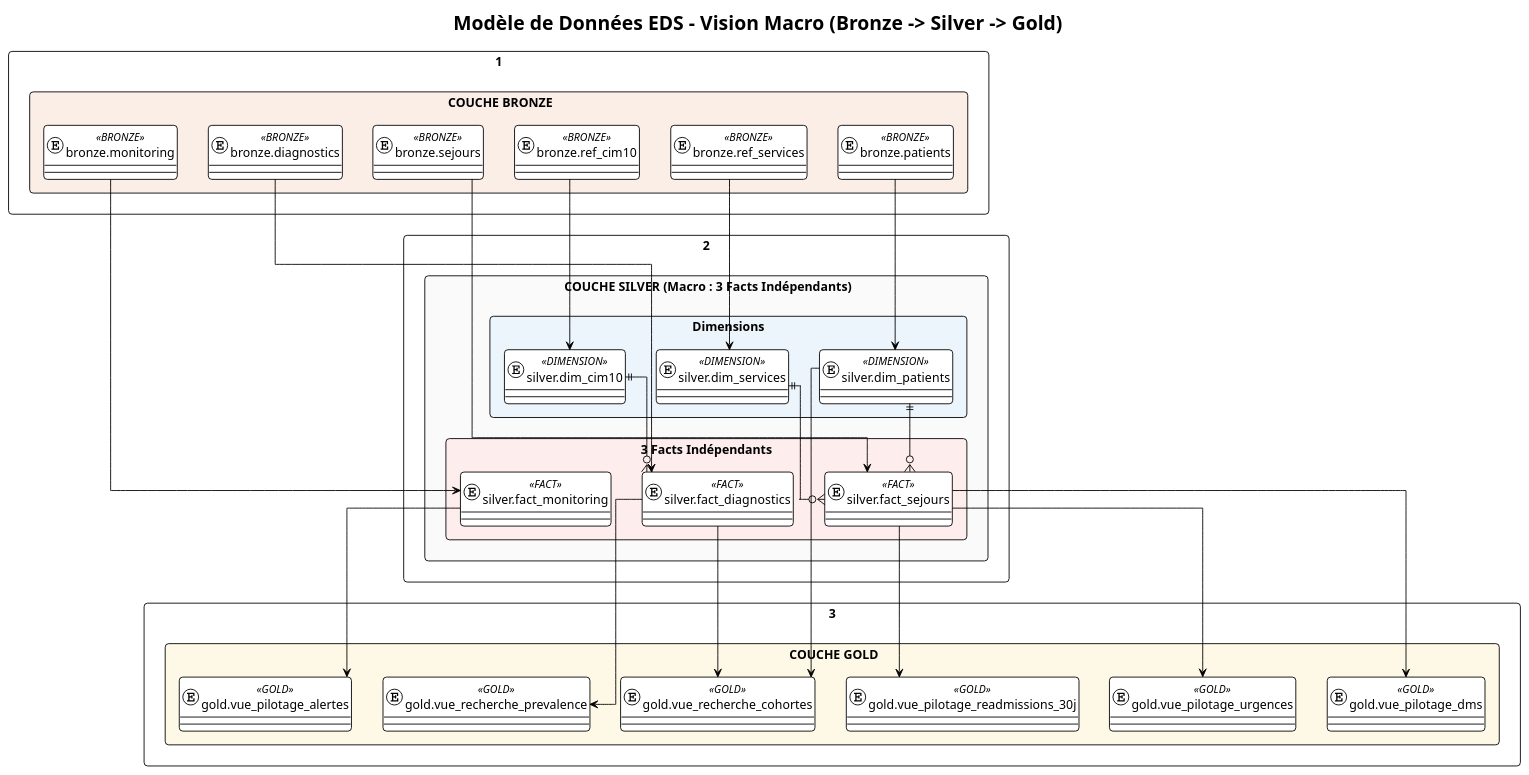
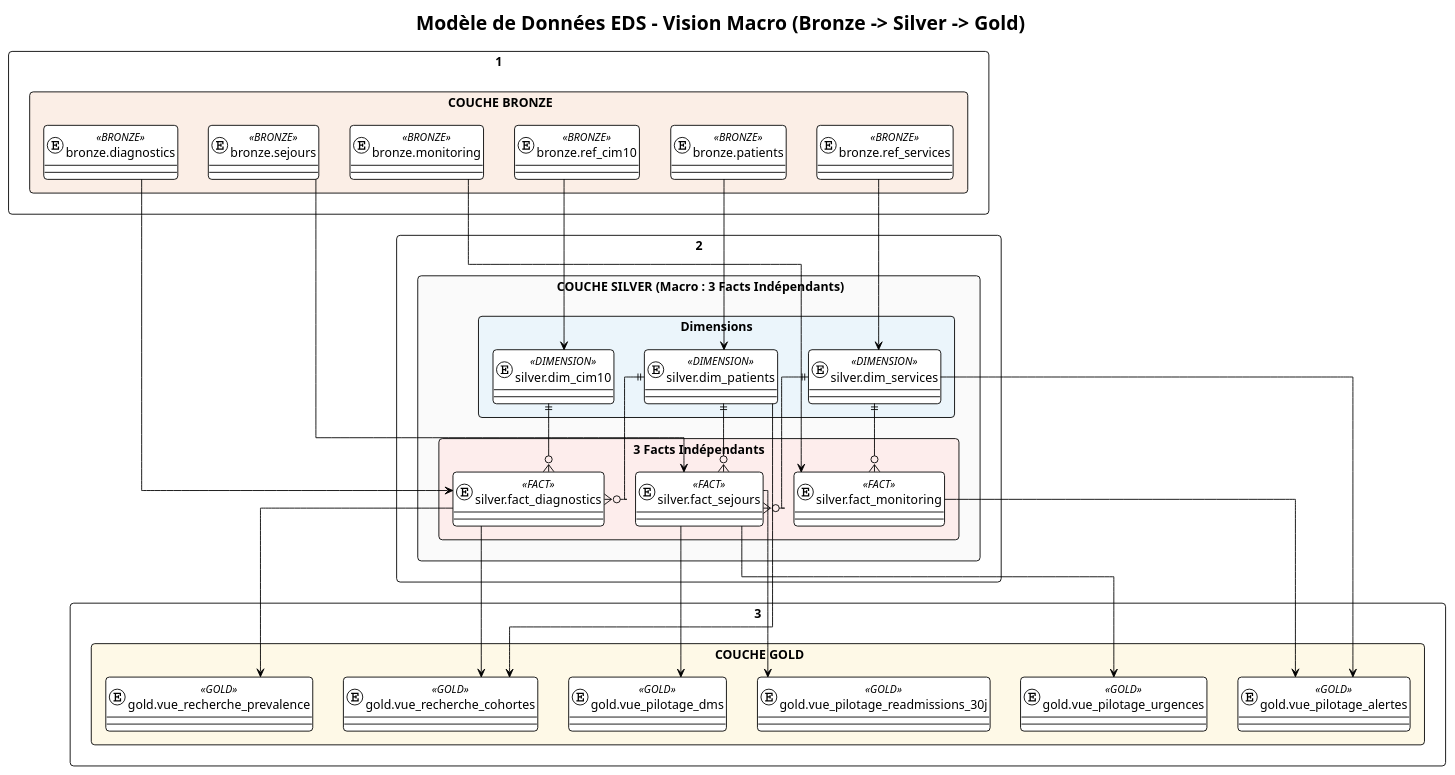
The diagram in docs/diagrams/data_model.puml (Maxenceboo/M2BigData), drawn with PlantUML before and after one commit. The commit also changed 4 other files, not shown here.

First line of the commit message:
refactor(silver/gold): optimize star schema and eliminate fact-fact joins in gold views

```diff
--- a/docs/diagrams/data_model.puml
+++ b/docs/diagrams/data_model.puml
@@ -1,88 +1,91 @@
 @startuml data_model_complet_eds
 !theme plain
 skinparam linetype ortho
 skinparam roundcorner 8
 skinparam shadowing false
 skinparam packageStyle rectangle
 
 skinparam entity<<BRONZE>> {
     BackgroundColor #F6DDCC
     BorderColor #D35400
     HeaderBackgroundColor #EDBB99
 }
 
 skinparam entity<<FACT>> {
     BackgroundColor #FDEDEC
     BorderColor #E74C3C
     HeaderBackgroundColor #FADBD8
 }
 
 skinparam entity<<DIMENSION>> {
     BackgroundColor #EBF5FB
     BorderColor #2980B9
     HeaderBackgroundColor #D4E6F1
 }
 
 skinparam entity<<GOLD>> {
     BackgroundColor #E8F8F5
     BorderColor #16A085
     HeaderBackgroundColor #A3E4D7
 }
 
 title Modèle de Données EDS - Vision Macro (Bronze -> Silver -> Gold)
 
 package "1. COUCHE BRONZE" #FBEEE6 {
     entity "bronze.patients" as b_pat <<BRONZE>>
     entity "bronze.sejours" as b_sej <<BRONZE>>
     entity "bronze.diagnostics" as b_dia <<BRONZE>>
     entity "bronze.monitoring" as b_mon <<BRONZE>>
     entity "bronze.ref_services" as b_refs <<BRONZE>>
     entity "bronze.ref_cim10" as b_refc <<BRONZE>>
 }
 
 package "2. COUCHE SILVER (Macro : 3 Facts Indépendants)" #FAFAFA {
     package "Dimensions" #EBF5FB {
         entity "silver.dim_patients" as s_pat <<DIMENSION>>
         entity "silver.dim_services" as s_refs <<DIMENSION>>
         entity "silver.dim_cim10" as s_refc <<DIMENSION>>
     }
 
     package "3 Facts Indépendants" #FDEDEC {
         entity "silver.fact_sejours" as s_sej <<FACT>>
         entity "silver.fact_diagnostics" as s_dia <<FACT>>
         entity "silver.fact_monitoring" as s_mon <<FACT>>
     }
 }
 
 package "3. COUCHE GOLD" #FEF9E7 {
     entity "gold.vue_pilotage_dms" as g_dms <<GOLD>>
     entity "gold.vue_pilotage_urgences" as g_urg <<GOLD>>
     entity "gold.vue_pilotage_readmissions_30j" as g_readm <<GOLD>>
     entity "gold.vue_pilotage_alertes" as g_alt <<GOLD>>
     entity "gold.vue_recherche_prevalence" as g_prev <<GOLD>>
     entity "gold.vue_recherche_cohortes" as g_coh <<GOLD>>
 }
 
 ' Lignage Bronze -> Silver
 b_pat -down-> s_pat
 b_refs -down-> s_refs
 b_refc -down-> s_refc
 b_sej -down-> s_sej
 b_dia -down-> s_dia
 b_mon -down-> s_mon
 
 ' Relations Dimensionnelles Silver
 s_pat  ||--o{ s_sej
 s_refs ||--o{ s_sej
+s_pat  ||--o{ s_dia
 s_refc ||--o{ s_dia
+s_refs ||--o{ s_mon
 
 ' Alimentation Silver -> Gold
 s_sej -down-> g_dms
 s_sej -down-> g_urg
 s_sej -down-> g_readm
 s_mon -down-> g_alt
+s_refs -down-> g_alt
 s_dia -down-> g_prev
 s_dia -down-> g_coh
 s_pat -down-> g_coh
 
 @enduml
```
